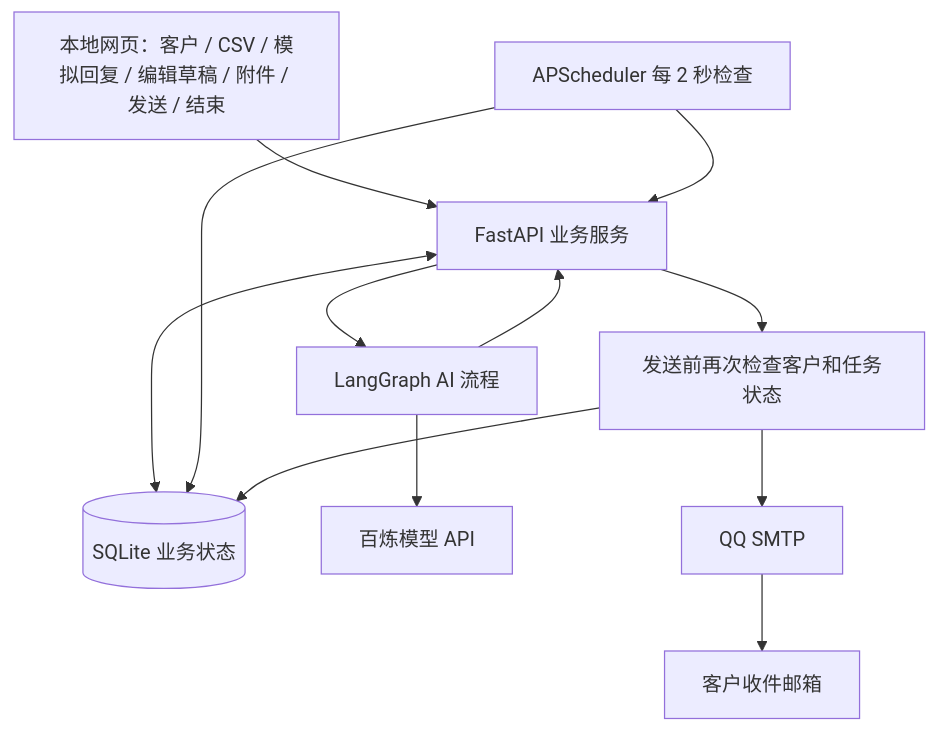
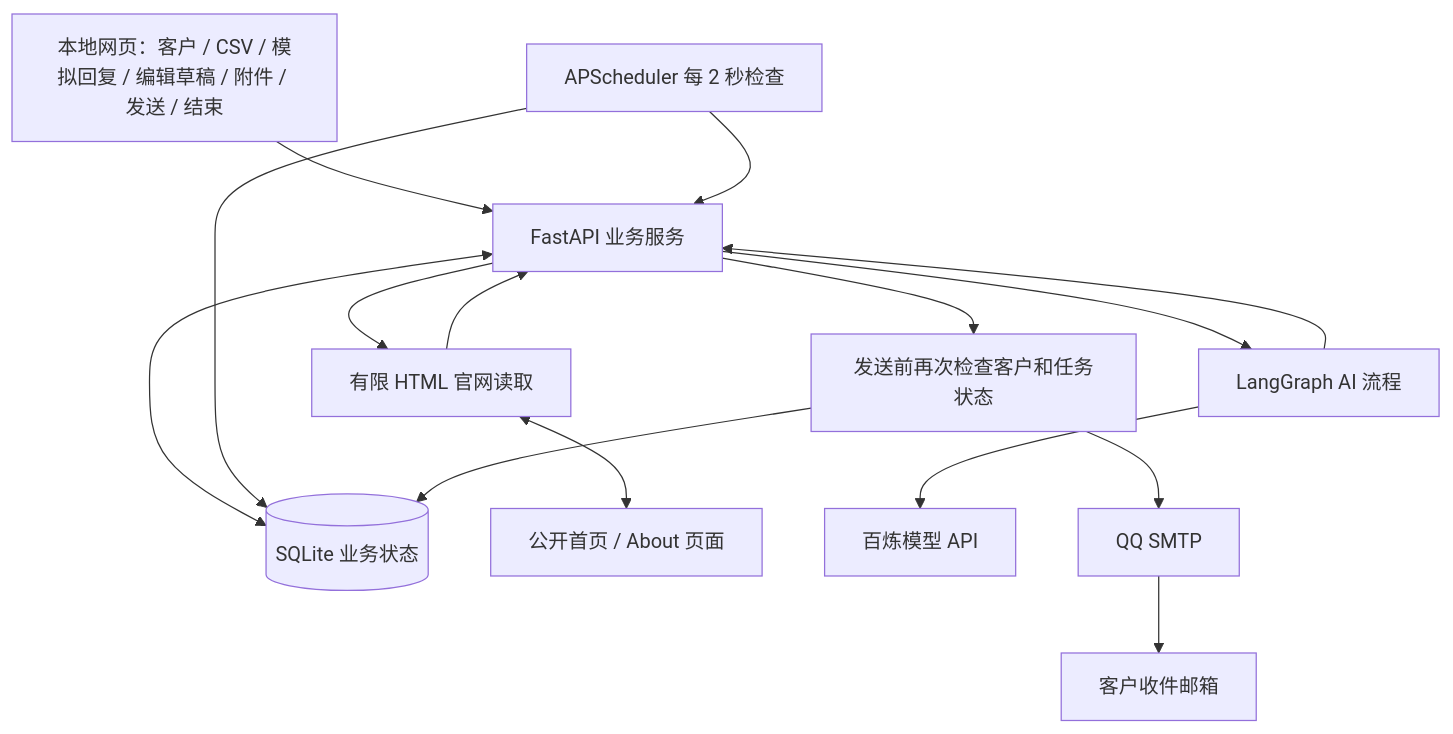
The diagram in README.md (lzh-zzz/AI-Email-FollowUp), drawn with Mermaid before and after one commit. The commit also changed other lines of this file and 19 other files, not shown here.

````diff
--- a/README.md
+++ b/README.md
@@ -81,14 +89,17 @@
 ```mermaid
 flowchart TD
     UI[本地网页：客户 / CSV / 模拟回复 / 编辑草稿 / 附件 / 发送 / 结束] --> API[FastAPI 业务服务]
     API <--> DB[(SQLite 业务状态)]
     API --> Graph[LangGraph AI 流程]
+    API --> Reader[有限 HTML 官网读取]
+    Reader <--> Website[公开首页 / About 页面]
+    Reader --> API
     Graph --> Bailian[百炼模型 API]
     Graph --> API
     Timer[APScheduler 每 2 秒检查] --> DB
     Timer --> API
     API --> Sender[发送前再次检查客户和任务状态]
     Sender --> SMTP[QQ SMTP]
     SMTP --> Inbox[客户收件邮箱]
     Sender --> DB
 ```
````
